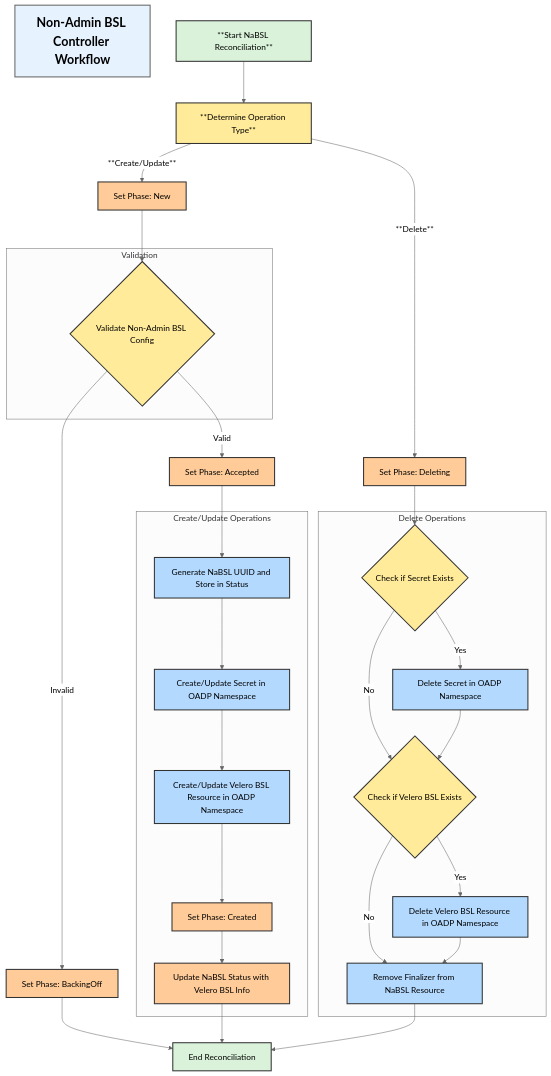
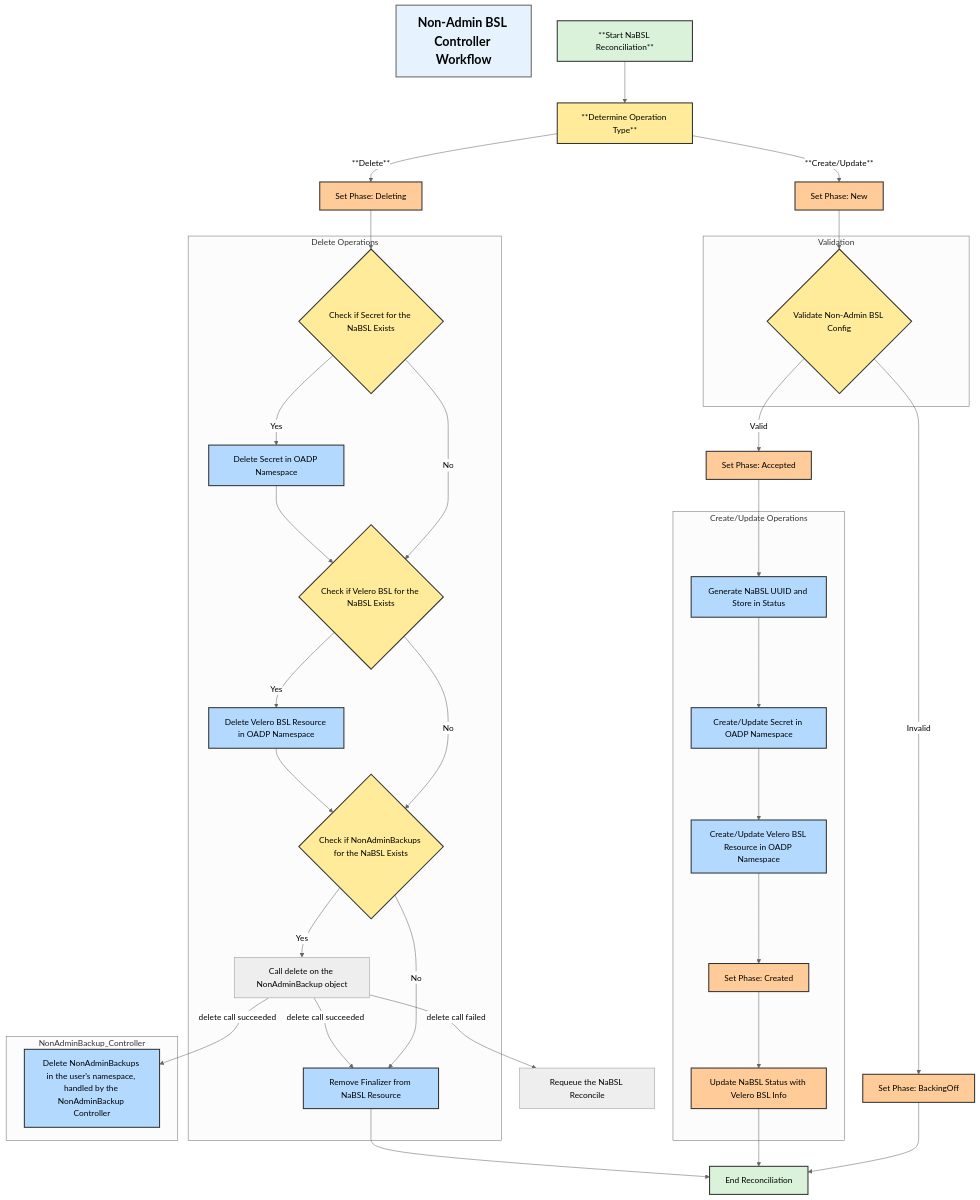
Before and after one commit to migtools/oadp-non-admin: the diagram in docs/design/non_admin_backupstoragelocation.md, drawn with Mermaid. The commit also changed other lines of this file and 1 other file, not shown here.

Commit message:
Remove associated Non Admin Backups during Non Admin BSL removal (#163)

````diff
--- a/docs/design/non_admin_backupstoragelocation.md
+++ b/docs/design/non_admin_backupstoragelocation.md
@@ -8,71 +8,82 @@
 ```mermaid
 %%{init: {'theme':'neutral'}}%%
 flowchart TD
     title[Non-Admin BSL Controller Workflow]
     style title font-size:24px,font-weight:bold,fill:#e6f3ff,stroke:#666,stroke-width:2px,stroke-dasharray: 0
 
     %% Start
     START[**Start NaBSL Reconciliation**] --> OPERATION[**Determine Operation Type**]
 
     %% Create/Update Flow
     OPERATION -->|**Create/Update**| SET_PHASE_NEW[Set Phase: New]
     SET_PHASE_NEW --> VALIDATE_CONFIG{Validate Non-Admin BSL Config}
     VALIDATE_CONFIG -->|Invalid| INVALID_CONFIG[Set Phase: BackingOff]
     VALIDATE_CONFIG -->|Valid| VALID_CONFIG[Set Phase: Accepted]
     VALID_CONFIG --> GENERATE_UUID[Generate NaBSL UUID and Store in Status]
 
     GENERATE_UUID --> CREATE_OR_UPDATE_SECRET[Create/Update Secret in OADP Namespace]
     CREATE_OR_UPDATE_SECRET --> CREATE_OR_UPDATE_BSL[Create/Update Velero BSL Resource in OADP Namespace]
     CREATE_OR_UPDATE_BSL --> SET_PHASE_CREATED[Set Phase: Created]
     SET_PHASE_CREATED --> UPDATE_STATUS[Update NaBSL Status with Velero BSL Info]
 
     %% Delete Flow
     OPERATION -->|**Delete**| SET_PHASE_DELETING[Set Phase: Deleting]
-    SET_PHASE_DELETING --> CHECK_SECRET_EXISTS{Check if Secret Exists}
+    SET_PHASE_DELETING --> CHECK_SECRET_EXISTS{Check if Secret for the NaBSL Exists}
     CHECK_SECRET_EXISTS -->|Yes| DELETE_SECRET[Delete Secret in OADP Namespace]
-    CHECK_SECRET_EXISTS -->|No| CHECK_BSL_EXISTS{Check if Velero BSL Exists}
+    CHECK_SECRET_EXISTS -->|No| CHECK_BSL_EXISTS{Check if Velero BSL for the NaBSL Exists}
 
     DELETE_SECRET --> CHECK_BSL_EXISTS
     CHECK_BSL_EXISTS -->|Yes| DELETE_BSL[Delete Velero BSL Resource in OADP Namespace]
-    CHECK_BSL_EXISTS -->|No| REMOVE_FINALIZER[Remove Finalizer from NaBSL Resource]
+    CHECK_BSL_EXISTS -->|No| CHECK_BACKUPS_EXISTS{Check if NonAdminBackups for the NaBSL Exists}
 
-    DELETE_BSL --> REMOVE_FINALIZER
+    DELETE_BSL --> CHECK_BACKUPS_EXISTS
+    CHECK_BACKUPS_EXISTS -->|Yes| SET_DELETE_BACKUPS[Call delete on the NonAdminBackup object]
+    CHECK_BACKUPS_EXISTS -->|No| REMOVE_FINALIZER[Remove Finalizer from NaBSL Resource]
 
+    SET_DELETE_BACKUPS --> |"delete call failed"| REQUEUE[Requeue the NaBSL Reconcile]
+    SET_DELETE_BACKUPS --> |"delete call succeeded"| DELETE_BACKUPS[Delete NonAdminBackups in the user's namespace, handled by the NonAdminBackup Controller]
+    SET_DELETE_BACKUPS --> |"delete call succeeded"| REMOVE_FINALIZER[Remove Finalizer from NaBSL Resource]
     %% Endpoints
     INVALID_CONFIG --> END[End Reconciliation]
     UPDATE_STATUS --> END
     REMOVE_FINALIZER --> END
 
     %% Subgraphs
     subgraph "Validation"
     VALIDATE_CONFIG
     end
 
     subgraph "Create/Update Operations"
     GENERATE_UUID
     CREATE_OR_UPDATE_SECRET
     CREATE_OR_UPDATE_BSL
     SET_PHASE_CREATED
     UPDATE_STATUS
     end
 
     subgraph "Delete Operations"
     CHECK_SECRET_EXISTS
     DELETE_SECRET
     CHECK_BSL_EXISTS
     DELETE_BSL
+    CHECK_BACKUPS_EXISTS
+    SET_DELETE_BACKUPS
     REMOVE_FINALIZER
+    end
+
+    subgraph "NonAdminBackup_Controller"
+    DELETE_BACKUPS
     end
 
     %% Styling
     classDef phase fill:#ffcc99,stroke:#333,stroke-width:2px
     classDef process fill:#b3d9ff,stroke:#333,stroke-width:2px
     classDef decision fill:#ffeb99,stroke:#333,stroke-width:2px
     classDef endpoint fill:#d9f2d9,stroke:#333,stroke-width:2px
 
     %% Apply styles
     class START,END endpoint
-    class OPERATION,VALIDATE_CONFIG,CHECK_SECRET_EXISTS,CHECK_BSL_EXISTS decision
-    class GENERATE_UUID,CREATE_OR_UPDATE_SECRET,CREATE_OR_UPDATE_BSL,DELETE_SECRET,DELETE_BSL,REMOVE_FINALIZER process
+    class OPERATION,VALIDATE_CONFIG,CHECK_SECRET_EXISTS,CHECK_BSL_EXISTS,CHECK_BACKUPS_EXISTS decision
+    class GENERATE_UUID,CREATE_OR_UPDATE_SECRET,CREATE_OR_UPDATE_BSL,DELETE_SECRET,DELETE_BSL,DELETE_BACKUPS,REMOVE_FINALIZER process
     class INVALID_CONFIG,UPDATE_STATUS,VALID_CONFIG,SET_PHASE_DELETING,SET_PHASE_NEW,SET_PHASE_CREATED phase
 ```
````
